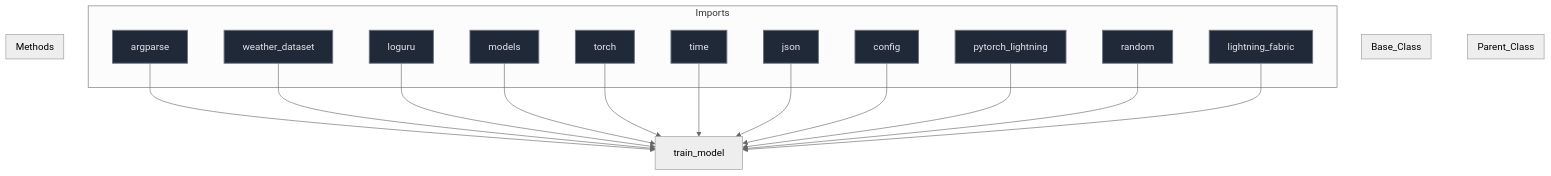
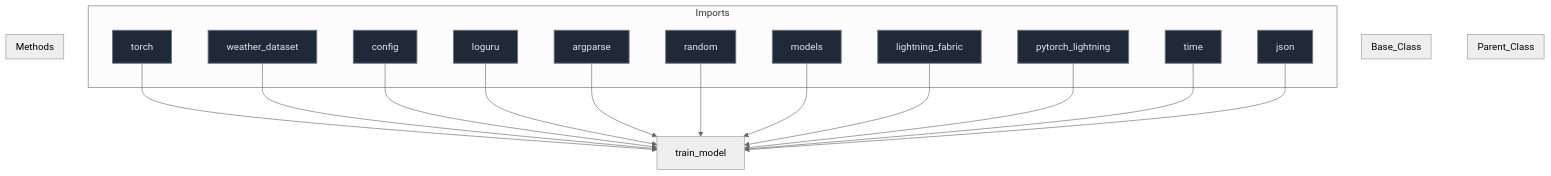
The diagram in docs/diagrams/train_model_diagram.md (mllam/neural-lam), drawn with Mermaid (neutral theme) before and after one commit. The commit also changed 19 other files, not shown here.

Commit message:
Auto-update Mermaid diagrams

````diff
--- a/docs/diagrams/train_model_diagram.md
+++ b/docs/diagrams/train_model_diagram.md
@@ -1,51 +1,51 @@
 ```mermaid
 %%{init: {'flowchart': {'nodeSpacing': 60, 'rankSpacing': 80}}}%%
 flowchart TD
 
 module["train_model"]
 
 subgraph Parent_Class
 end
 
 subgraph Base_Class
 end
 
 
 subgraph Imports
+    torch["torch"]
+    weather_dataset["weather_dataset"]
+    config["config"]
+    loguru["loguru"]
     argparse["argparse"]
-    weather_dataset["weather_dataset"]
-    loguru["loguru"]
+    random["random"]
     models["models"]
-    torch["torch"]
+    lightning_fabric["lightning_fabric"]
+    pytorch_lightning["pytorch_lightning"]
     time["time"]
     json["json"]
-    config["config"]
-    pytorch_lightning["pytorch_lightning"]
-    random["random"]
-    lightning_fabric["lightning_fabric"]
 end
 
+    torch --> module
+    weather_dataset --> module
+    config --> module
+    loguru --> module
     argparse --> module
-    weather_dataset --> module
-    loguru --> module
+    random --> module
     models --> module
-    torch --> module
+    lightning_fabric --> module
+    pytorch_lightning --> module
     time --> module
     json --> module
-    config --> module
-    pytorch_lightning --> module
-    random --> module
-    lightning_fabric --> module
 
 subgraph Methods
 end
 
 
 classDef parent fill:#0f172a,stroke:#3b82f6,stroke-width:2px,color:#f1f5f9,font-size:16px
 classDef base fill:#78350f,stroke:#f59e0b,stroke-width:1px,color:#fde68a,font-size:16px
 classDef import fill:#1f2937,stroke:#6b7280,stroke-width:1.5px,color:#e5e7eb,font-size:16px
 classDef method fill:#2d043f,stroke:#7c3aed,stroke-width:1.5px,color:#ede9fe,font-size:16px
 classDef callNode fill:#064e3b,stroke:#10b981,stroke-width:1.5px,color:#d1fae5,font-size:16px
-class argparse,weather_dataset,loguru,models,torch,time,json,config,pytorch_lightning,random,lightning_fabric import
+class torch,weather_dataset,config,loguru,argparse,random,models,lightning_fabric,pytorch_lightning,time,json import
 
 ```
````
